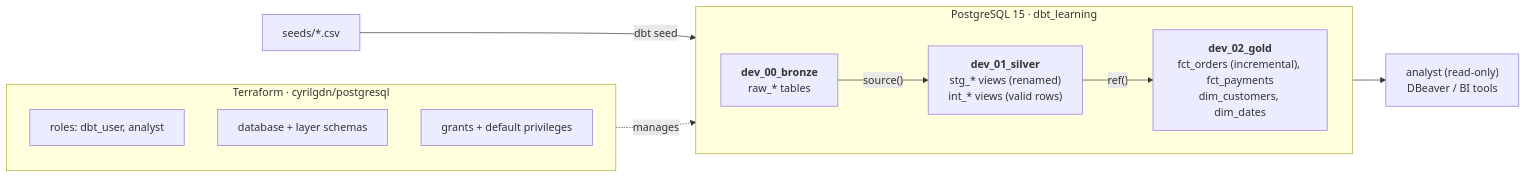
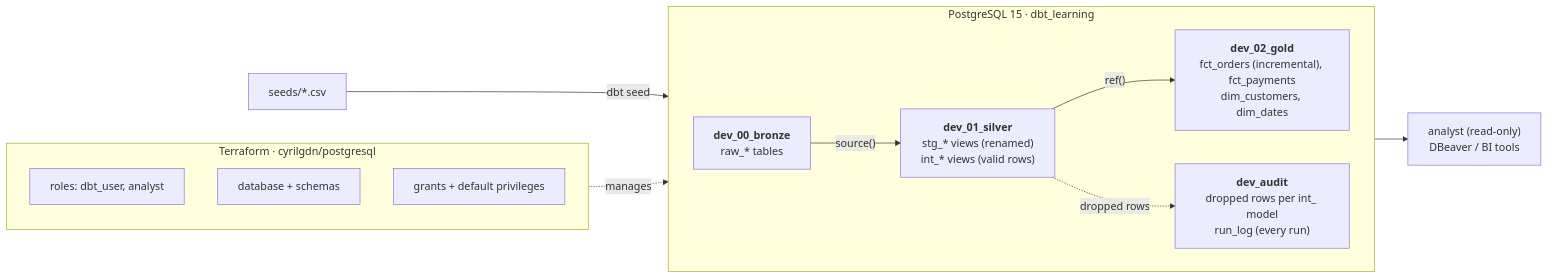
One commit to matiastulli/dbt-terraform-postgres-medallion changed the diagram in README.md. Above: the diagram before and after it, drawn with Mermaid. The commit also changed other lines of this file and 8 other files, not shown here.

First line of the commit message:
feat(observability): store rows dropped by int_ models and log every run

````diff
--- a/README.md
+++ b/README.md
@@ -15,20 +15,21 @@
 ```mermaid
 flowchart LR
     CSV["seeds/*.csv"] -->|dbt seed| B
 
     subgraph PG["PostgreSQL 15 · dbt_learning"]
         direction LR
         B["<b>dev_00_bronze</b><br/>raw_* tables"] -->|"source()"| S["<b>dev_01_silver</b><br/>stg_* views (renamed)<br/>int_* views (valid rows)"]
         S -->|"ref()"| G["<b>dev_02_gold</b><br/>fct_orders (incremental), fct_payments<br/>dim_customers, dim_dates"]
+        S -. "dropped rows" .-> AU["<b>dev_audit</b><br/>dropped rows per int_ model<br/>run_log (every run)"]
     end
 
     subgraph TF["Terraform · cyrilgdn/postgresql"]
         direction TB
         T1["roles: dbt_user, analyst"]
-        T2["database + layer schemas"]
+        T2["database + schemas"]
         T3["grants + default privileges"]
     end
 
     TF -. manages .-> PG
     G --> A["analyst (read-only)<br/>DBeaver / BI tools"]
 ```
````
